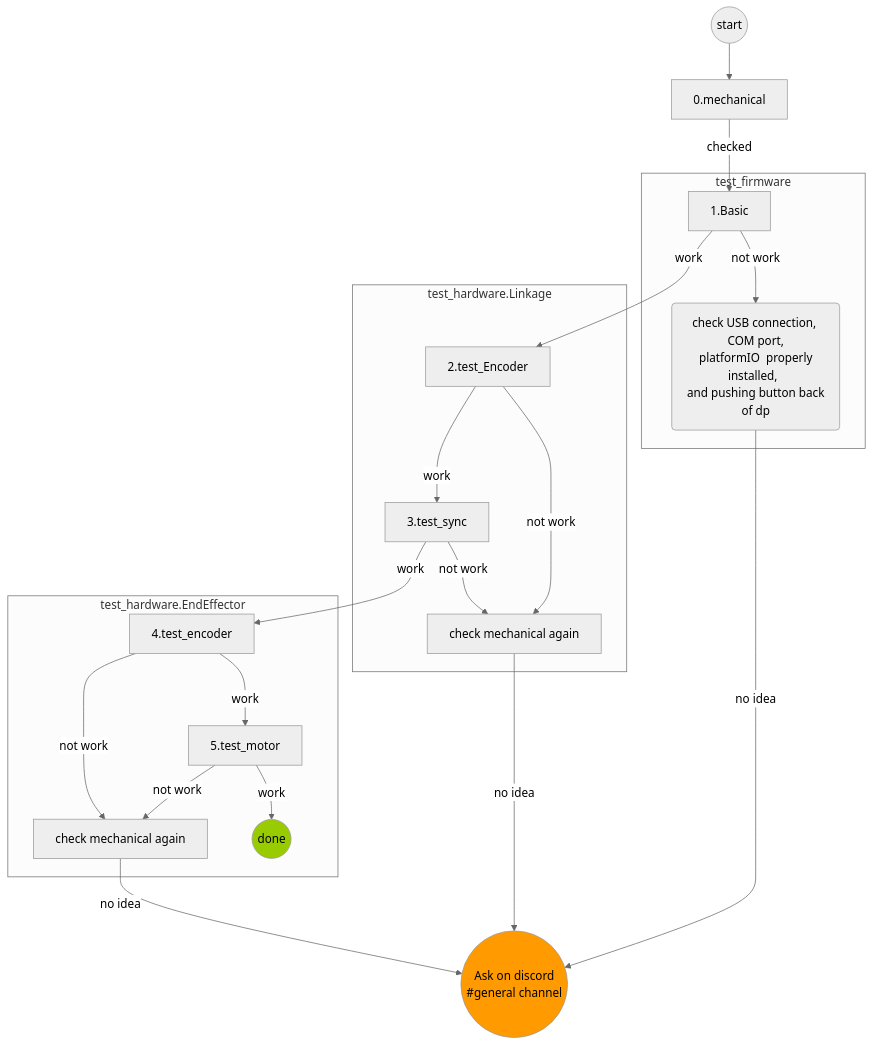
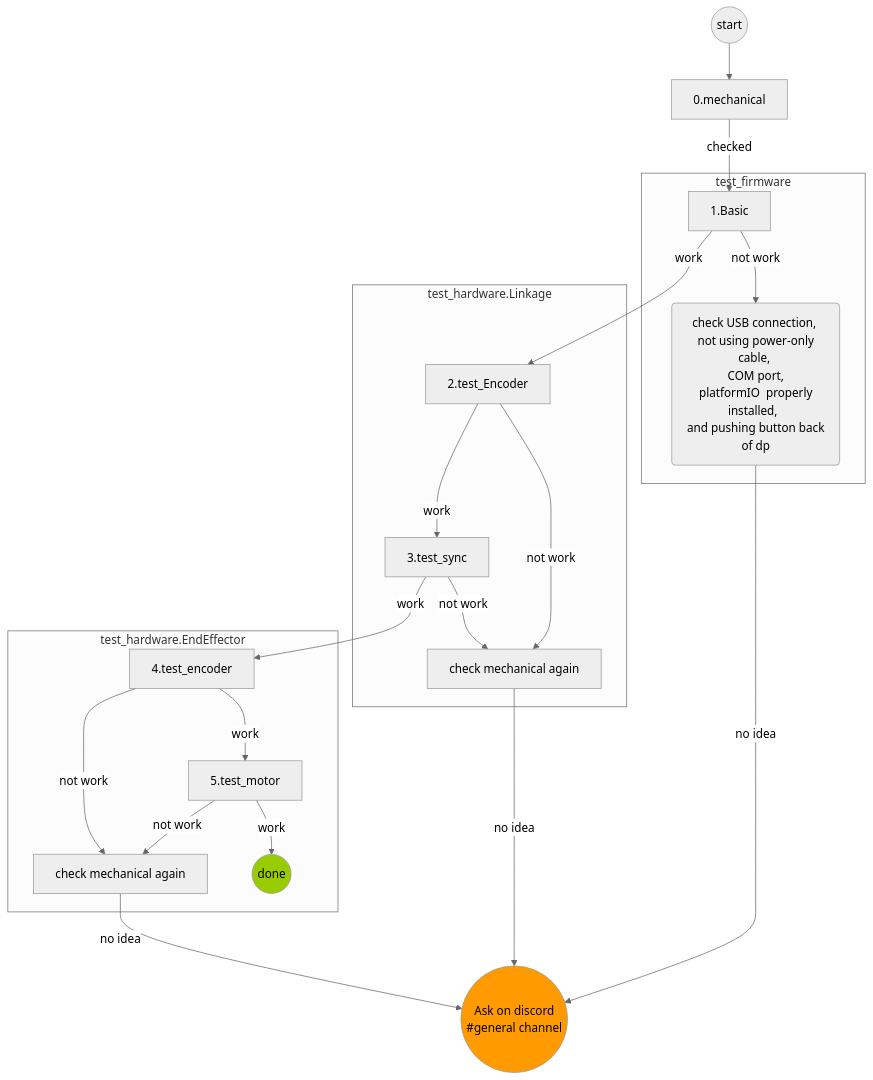
One commit to Jogius/dualpanto-testing changed the diagram in Readme.md. Above: the diagram before and after it, drawn with Mermaid.

````diff
--- a/Readme.md
+++ b/Readme.md
@@ -76,42 +76,42 @@
 ```mermaid
 %%{init: {'theme': 'neutral' } }%%
 flowchart TD;
     ST((start)) --> MC[0.mechanical];
     MC -- checked --> FB;
     
     subgraph  test_firmware
     FB[1.Basic];
-    FB -- not work --> CH(check USB connection, <br> COM port, <br> platformIO  properly installed,  <br> and pushing button back of dp)
+    FB -- not work --> CH(check USB connection, <br> not using power-only cable, <br> COM port, <br> platformIO  properly installed,  <br> and pushing button back of dp)
     
     end
     
     FB -- work -->  LTE[2.test_Encoder]
 
     subgraph test_hardware.Linkage
     LTE -- work -->LTS[3.test_sync];
     LTE-- not work -->  MC1[check mechanical again]
     LTS -- not work --> MC1
     
     end
     
     subgraph test_hardware.EndEffector
     LTS -- work --> EETE[4.test_encoder]
     EETE -- work --> EETM[5.test_motor]
     EETM -- not work -->MC2
     EETE -- not work --> MC2[check mechanical again]
     EETM -- work --> DONE((done))
    
     
     end
     
     CH -- no idea --> TA((Ask on discord <br> #general channel))
     MC1 -- no idea --> TA
     MC2 -- no idea --> TA
     
     style TA fill:#FF9B00
     style DONE fill:#99CC00
     
     click LE "https://github.com/HassoPlattnerInstituteHCI/unity-dualpanto-toolkit/blob/develop/README.md"
     click TA "https://discord.com"
     click MC "https://discord.com"
 ```
````
